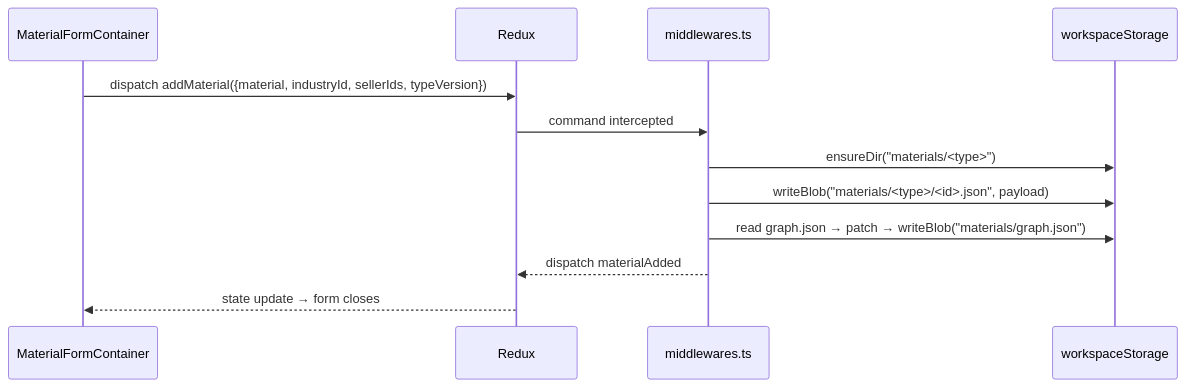
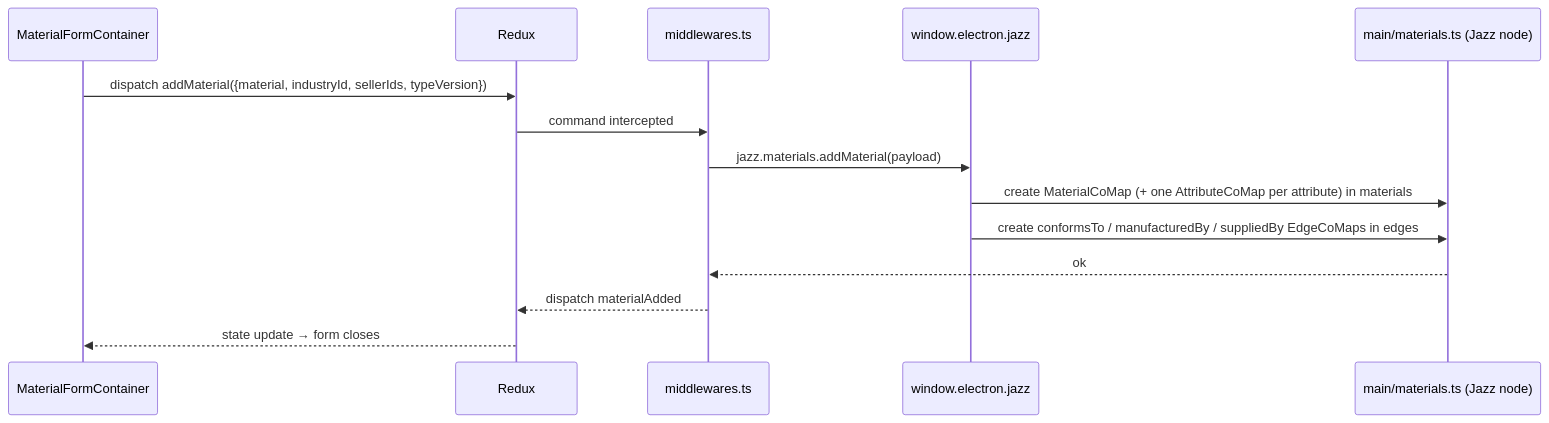
Before and after one commit to MuriloSchaefer/klippel: the third of 3 diagrams in webapp/src/system/modules/Materials/docs/architecture/graph-semantics.md, drawn with Mermaid. The commit also changed other lines of this file and 122 other files, not shown here.

Commit message:
feat: material models and jazz boilerplate

````diff
--- a/webapp/src/system/modules/Materials/docs/architecture/graph-semantics.md
+++ b/webapp/src/system/modules/Materials/docs/architecture/graph-semantics.md
@@ -138,15 +193,17 @@
 ```mermaid
 sequenceDiagram
     participant UI as MaterialFormContainer
     participant Slice as Redux
     participant MW as middlewares.ts
-    participant FS as workspaceStorage
+    participant IPC as window.electron.jazz
+    participant Main as main/materials.ts (Jazz node)
 
     UI->>Slice: dispatch addMaterial({material, industryId, sellerIds, typeVersion})
     Slice->>MW: command intercepted
-    MW->>FS: ensureDir("materials/<type>")
-    MW->>FS: writeBlob("materials/<type>/<id>.json", payload)
-    MW->>FS: read graph.json → patch → writeBlob("materials/graph.json")
+    MW->>IPC: jazz.materials.addMaterial(payload)
+    IPC->>Main: create MaterialCoMap (+ one AttributeCoMap per attribute) in materials
+    IPC->>Main: create conformsTo / manufacturedBy / suppliedBy EdgeCoMaps in edges
+    Main-->>MW: ok
     MW-->>Slice: dispatch materialAdded
     Slice-->>UI: state update → form closes
 ```
````
